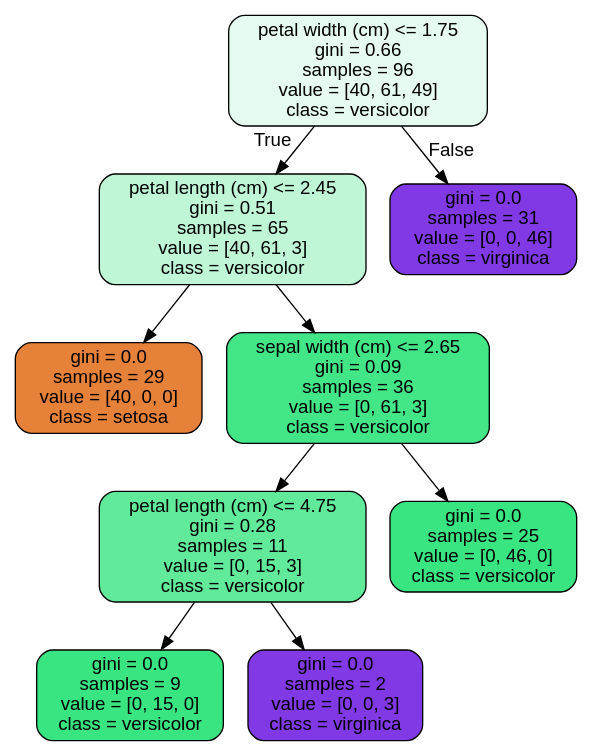
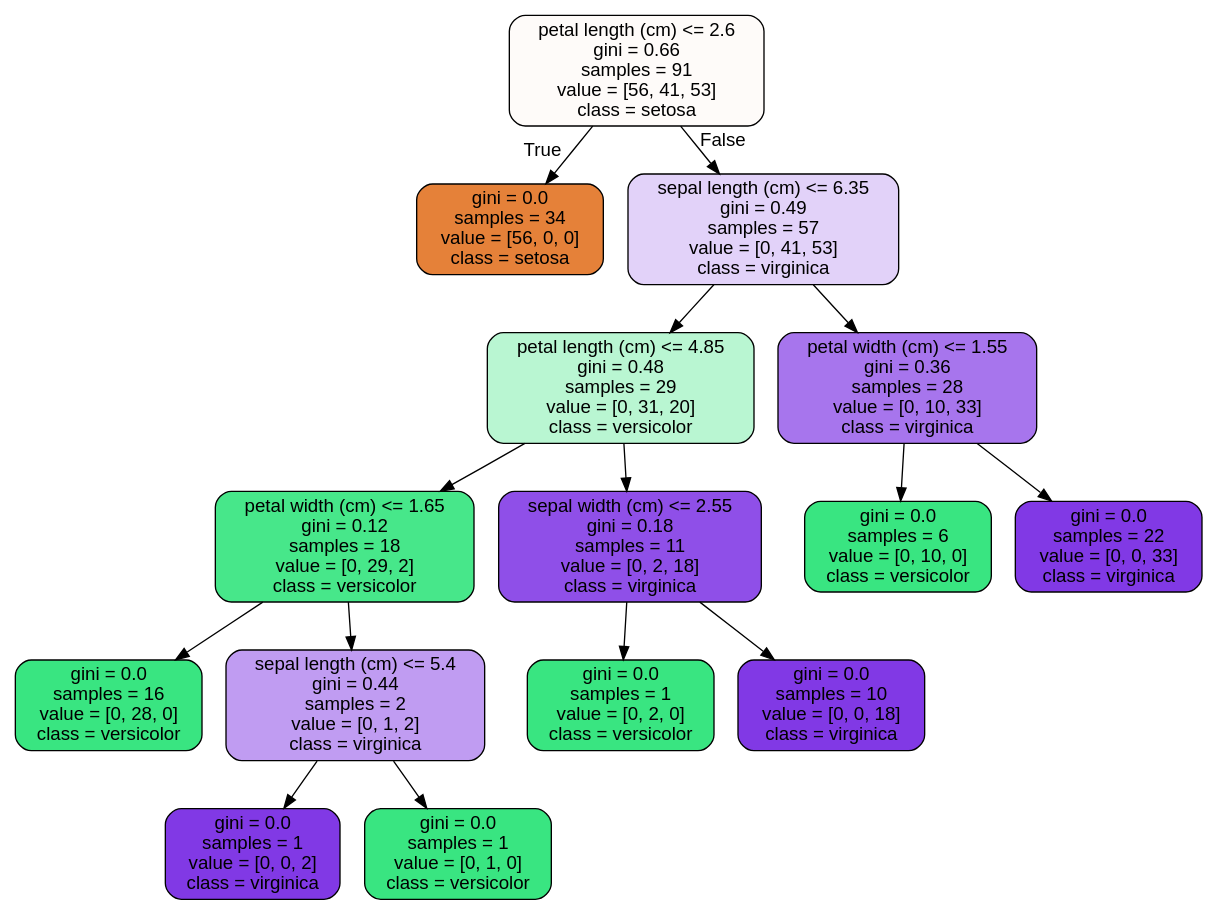
One commit to akamatkar08/IshMe changed the diagram in Random Forest Case Study/tree.dot. Above: the diagram before and after it, drawn with Graphviz. The commit also changed 339 other files, not shown here.

```diff
--- a/Random Forest Case Study/tree.dot
+++ b/Random Forest Case Study/tree.dot
@@ -1,21 +1,33 @@
 digraph Tree {
 node [shape=box, style="filled, rounded", color="black", fontname=helvetica] ;
 edge [fontname=helvetica] ;
-0 [label="petal width (cm) <= 1.75\ngini = 0.66\nsamples = 96\nvalue = [40, 61, 49]\nclass = versicolor", fillcolor="#e7fcf0"] ;
-1 [label="petal length (cm) <= 2.45\ngini = 0.51\nsamples = 65\nvalue = [40, 61, 3]\nclass = versicolor", fillcolor="#bef6d6"] ;
+0 [label="petal length (cm) <= 2.6\ngini = 0.66\nsamples = 91\nvalue = [56, 41, 53]\nclass = setosa", fillcolor="#fefbf9"] ;
+1 [label="gini = 0.0\nsamples = 34\nvalue = [56, 0, 0]\nclass = setosa", fillcolor="#e58139"] ;
 0 -> 1 [labeldistance=2.5, labelangle=45, headlabel="True"] ;
-2 [label="gini = 0.0\nsamples = 29\nvalue = [40, 0, 0]\nclass = setosa", fillcolor="#e58139"] ;
-1 -> 2 ;
-3 [label="sepal width (cm) <= 2.65\ngini = 0.09\nsamples = 36\nvalue = [0, 61, 3]\nclass = versicolor", fillcolor="#43e687"] ;
-1 -> 3 ;
-4 [label="petal length (cm) <= 4.75\ngini = 0.28\nsamples = 11\nvalue = [0, 15, 3]\nclass = versicolor", fillcolor="#61ea9a"] ;
+2 [label="sepal length (cm) <= 6.35\ngini = 0.49\nsamples = 57\nvalue = [0, 41, 53]\nclass = virginica", fillcolor="#e2d2f9"] ;
+0 -> 2 [labeldistance=2.5, labelangle=-45, headlabel="False"] ;
+3 [label="petal length (cm) <= 4.85\ngini = 0.48\nsamples = 29\nvalue = [0, 31, 20]\nclass = versicolor", fillcolor="#b9f6d2"] ;
+2 -> 3 ;
+4 [label="petal width (cm) <= 1.65\ngini = 0.12\nsamples = 18\nvalue = [0, 29, 2]\nclass = versicolor", fillcolor="#47e78a"] ;
 3 -> 4 ;
-5 [label="gini = 0.0\nsamples = 9\nvalue = [0, 15, 0]\nclass = versicolor", fillcolor="#39e581"] ;
+5 [label="gini = 0.0\nsamples = 16\nvalue = [0, 28, 0]\nclass = versicolor", fillcolor="#39e581"] ;
 4 -> 5 ;
-6 [label="gini = 0.0\nsamples = 2\nvalue = [0, 0, 3]\nclass = virginica", fillcolor="#8139e5"] ;
+6 [label="sepal length (cm) <= 5.4\ngini = 0.44\nsamples = 2\nvalue = [0, 1, 2]\nclass = virginica", fillcolor="#c09cf2"] ;
 4 -> 6 ;
-7 [label="gini = 0.0\nsamples = 25\nvalue = [0, 46, 0]\nclass = versicolor", fillcolor="#39e581"] ;
-3 -> 7 ;
-8 [label="gini = 0.0\nsamples = 31\nvalue = [0, 0, 46]\nclass = virginica", fillcolor="#8139e5"] ;
-0 -> 8 [labeldistance=2.5, labelangle=-45, headlabel="False"] ;
+7 [label="gini = 0.0\nsamples = 1\nvalue = [0, 0, 2]\nclass = virginica", fillcolor="#8139e5"] ;
+6 -> 7 ;
+8 [label="gini = 0.0\nsamples = 1\nvalue = [0, 1, 0]\nclass = versicolor", fillcolor="#39e581"] ;
+6 -> 8 ;
+9 [label="sepal width (cm) <= 2.55\ngini = 0.18\nsamples = 11\nvalue = [0, 2, 18]\nclass = virginica", fillcolor="#8f4fe8"] ;
+3 -> 9 ;
+10 [label="gini = 0.0\nsamples = 1\nvalue = [0, 2, 0]\nclass = versicolor", fillcolor="#39e581"] ;
+9 -> 10 ;
+11 [label="gini = 0.0\nsamples = 10\nvalue = [0, 0, 18]\nclass = virginica", fillcolor="#8139e5"] ;
+9 -> 11 ;
+12 [label="petal width (cm) <= 1.55\ngini = 0.36\nsamples = 28\nvalue = [0, 10, 33]\nclass = virginica", fillcolor="#a775ed"] ;
+2 -> 12 ;
+13 [label="gini = 0.0\nsamples = 6\nvalue = [0, 10, 0]\nclass = versicolor", fillcolor="#39e581"] ;
+12 -> 13 ;
+14 [label="gini = 0.0\nsamples = 22\nvalue = [0, 0, 33]\nclass = virginica", fillcolor="#8139e5"] ;
+12 -> 14 ;
 }
```
